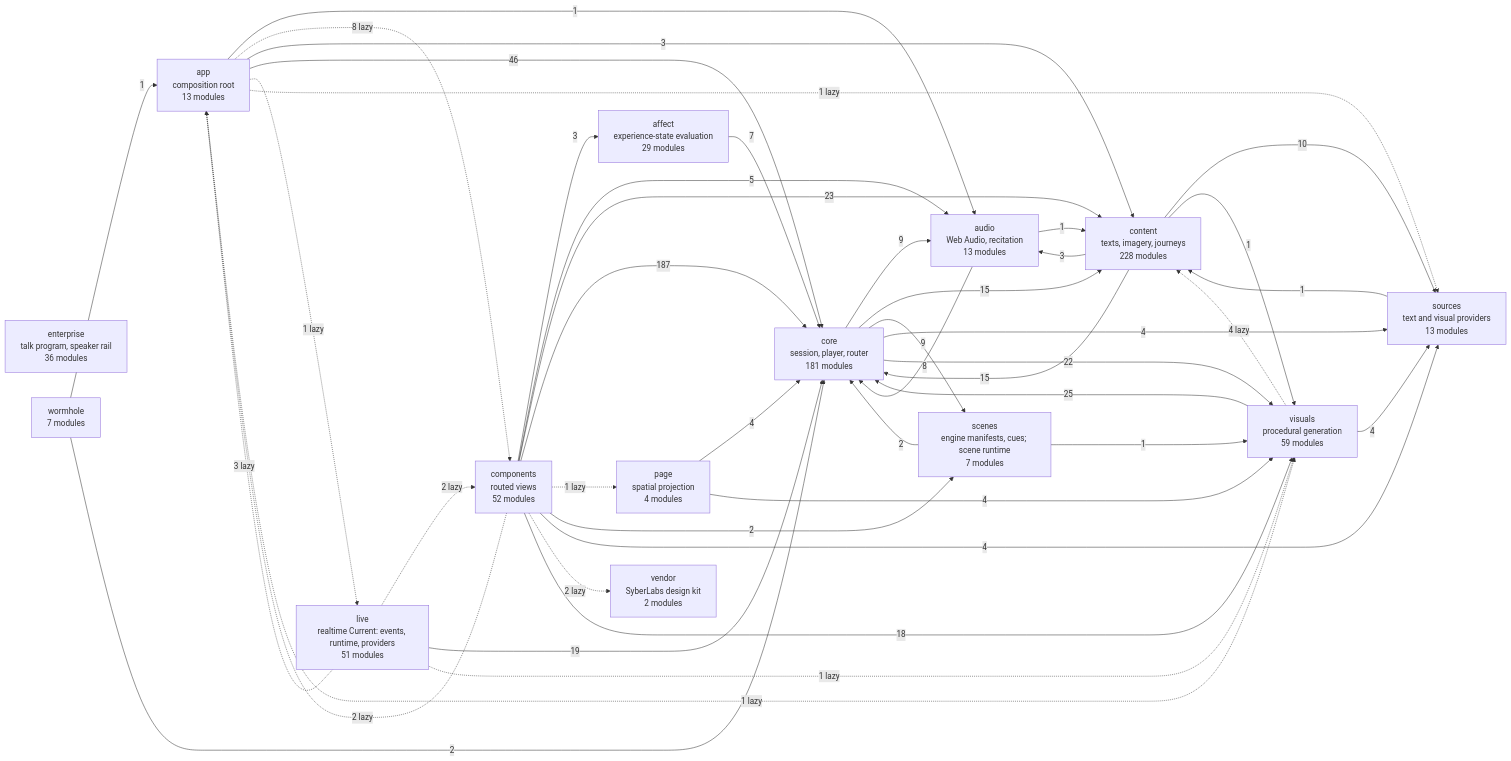
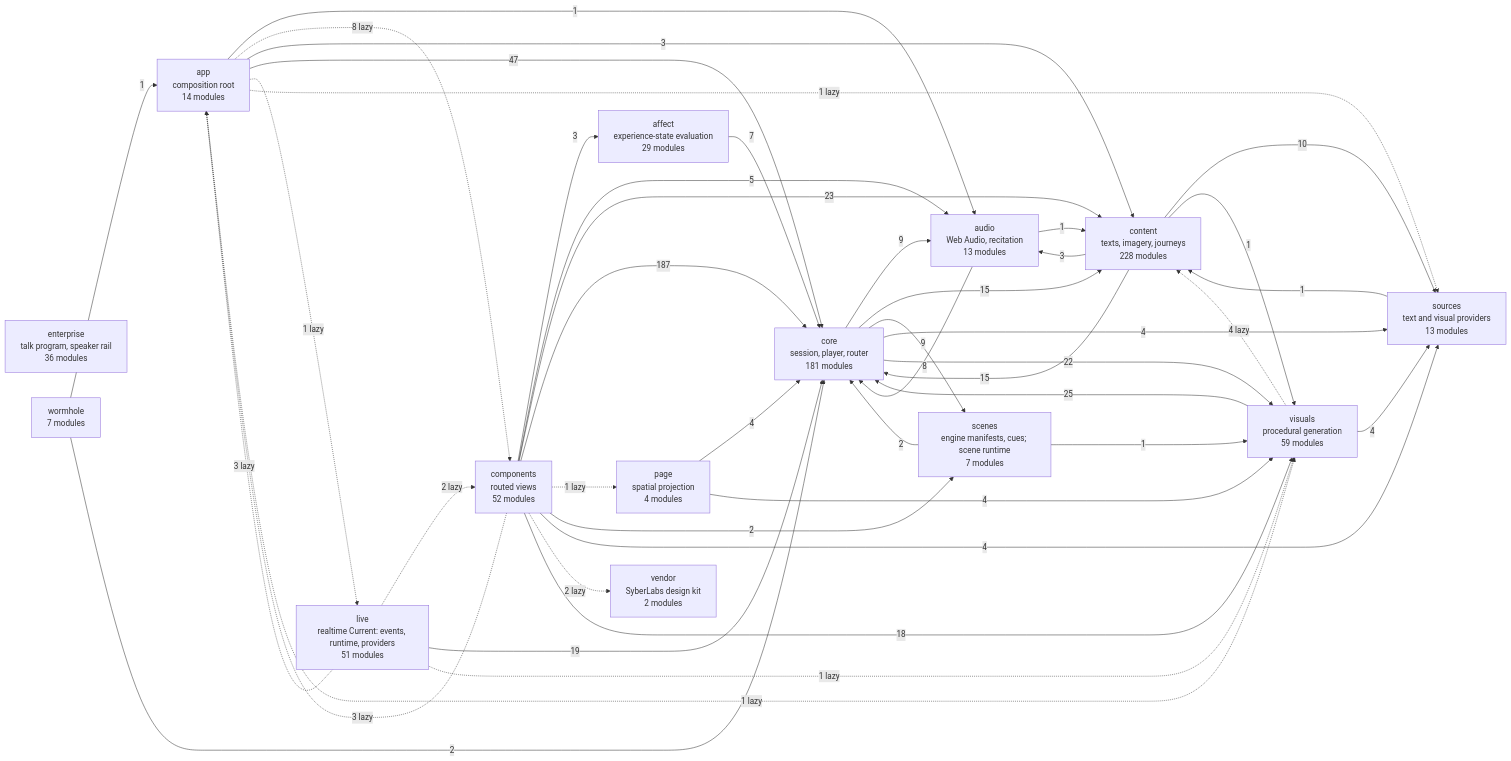
Before and after one commit to SyberLabs/RISE: the diagram in docs/specs/ARCHITECTURE.md, drawn with Mermaid. The commit also changed 15 other files, not shown here.

````diff
--- a/docs/specs/ARCHITECTURE.md
+++ b/docs/specs/ARCHITECTURE.md
@@ -156,61 +156,61 @@
 ```mermaid
 flowchart LR
     affect["affect<br/>experience-state evaluation<br/>29 modules"]
-    app["app<br/>composition root<br/>13 modules"]
+    app["app<br/>composition root<br/>14 modules"]
     audio["audio<br/>Web Audio, recitation<br/>13 modules"]
     components["components<br/>routed views<br/>52 modules"]
     content["content<br/>texts, imagery, journeys<br/>228 modules"]
     core["core<br/>session, player, router<br/>181 modules"]
     enterprise["enterprise<br/>talk program, speaker rail<br/>36 modules"]
     live["live<br/>realtime Current: events, runtime, providers<br/>51 modules"]
     page["page<br/>spatial projection<br/>4 modules"]
     scenes["scenes<br/>engine manifests, cues; scene runtime<br/>7 modules"]
     sources["sources<br/>text and visual providers<br/>13 modules"]
     vendor["vendor<br/>SyberLabs design kit<br/>2 modules"]
     visuals["visuals<br/>procedural generation<br/>59 modules"]
     wormhole["wormhole<br/>7 modules"]
 
     affect --> |7| core
     app --> |1| audio
     app -.-> |8 lazy| components
     app --> |3| content
-    app --> |46| core
+    app --> |47| core
     app -.-> |1 lazy| live
     app -.-> |1 lazy| sources
     app -.-> |1 lazy| visuals
     audio --> |1| content
     audio --> |8| core
     components --> |3| affect
-    components -.-> |2 lazy| app
+    components -.-> |3 lazy| app
     components --> |5| audio
     components --> |23| content
     components --> |187| core
     components -.-> |1 lazy| page
     components --> |2| scenes
     components --> |4| sources
     components -.-> |2 lazy| vendor
     components --> |18| visuals
     content --> |3| audio
     content --> |15| core
     content --> |10| sources
     content --> |1| visuals
     core --> |9| audio
     core --> |15| content
     core --> |9| scenes
     core --> |4| sources
     core --> |22| visuals
     live -.-> |3 lazy| app
     live -.-> |2 lazy| components
     live --> |19| core
     live -.-> |1 lazy| visuals
     page --> |4| core
     page --> |4| visuals
     scenes --> |2| core
     scenes --> |1| visuals
     sources --> |1| content
     visuals -.-> |4 lazy| content
     visuals --> |25| core
     visuals --> |4| sources
     wormhole --> |1| app
     wormhole --> |2| core
 ```
````
